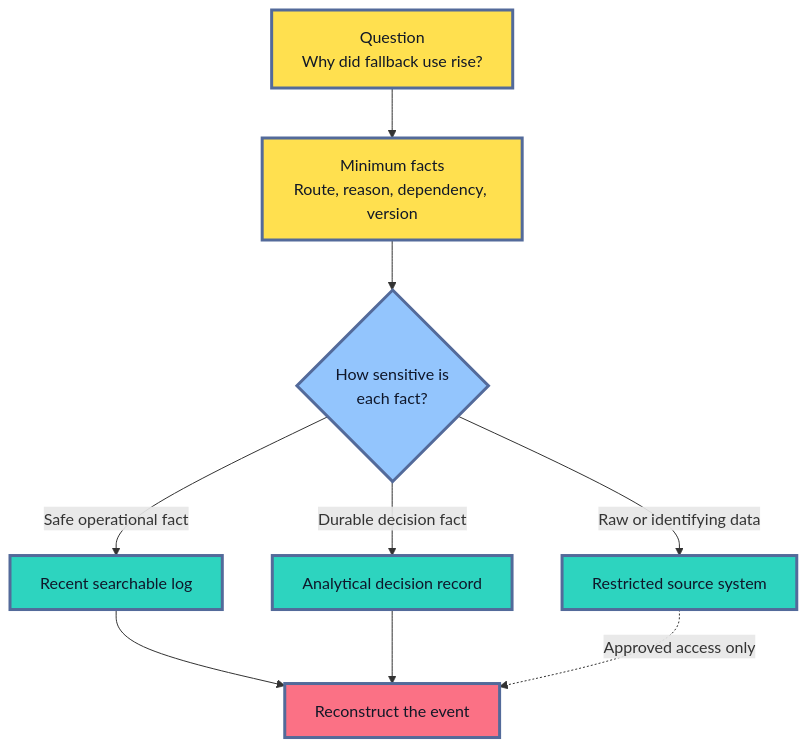
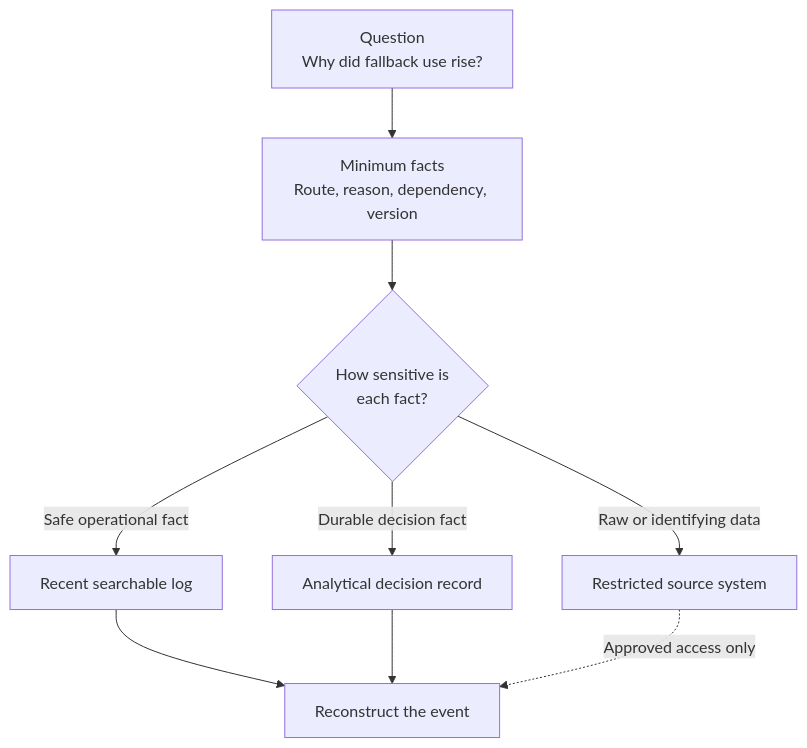
Before and after one commit to senlinyy/dev-roadmaps: the second of 5 diagrams in roadmaps/mlops/modules/monitoring-and-feedback/system-observability/02-logging-prediction-requests-responses.md, drawn with Mermaid. The commit also changed other lines of this file and 152 other files, not shown here.

Commit message:
feat: mlops and diagrams updated

````diff
--- a/roadmaps/mlops/modules/monitoring-and-feedback/system-observability/02-logging-prediction-requests-responses.md
+++ b/roadmaps/mlops/modules/monitoring-and-feedback/system-observability/02-logging-prediction-requests-responses.md
@@ -156,20 +152,16 @@
 ```mermaid
 flowchart TD
     A["Question<br/>Why did fallback use rise?"] --> B["Minimum facts<br/>Route, reason, dependency, version"]
     B --> C{"How sensitive is<br/>each fact?"}
     C -->|"Safe operational fact"| D["Recent searchable log"]
     C -->|"Durable decision fact"| E["Analytical decision record"]
     C -->|"Raw or identifying data"| F["Restricted source system"]
     D --> G["Reconstruct the event"]
     E --> G
     F -.->|"Approved access only"| G
 
-    classDef question fill:#FFE04F,stroke:#536A9A,stroke-width:3px,color:#111827
-    classDef choice fill:#93C5FD,stroke:#536A9A,stroke-width:3px,color:#0F172A
-    classDef store fill:#2DD4BF,stroke:#536A9A,stroke-width:3px,color:#0F172A
-    classDef result fill:#FB7185,stroke:#536A9A,stroke-width:3px,color:#111827
     class A,B question
     class C choice
     class D,E,F store
     class G result
 ```
````
